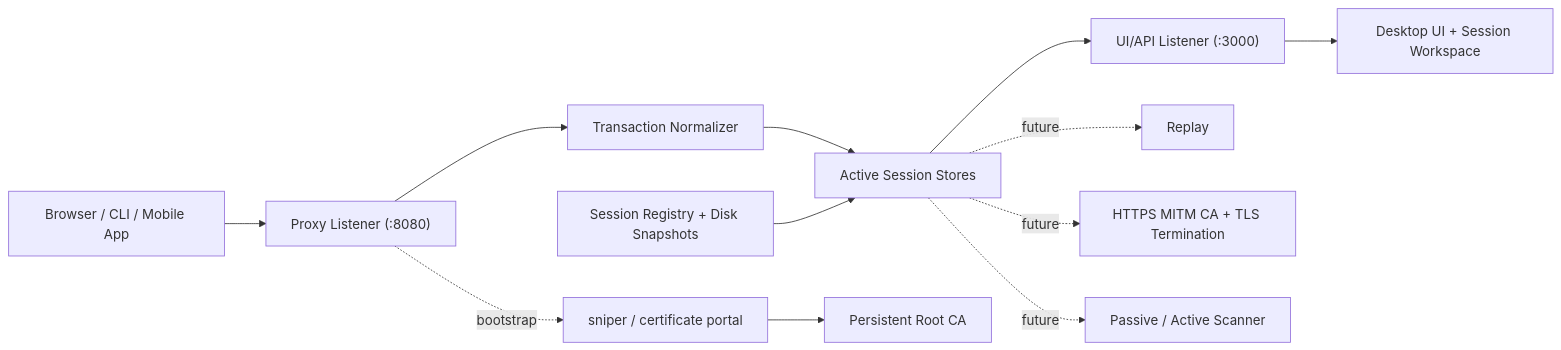
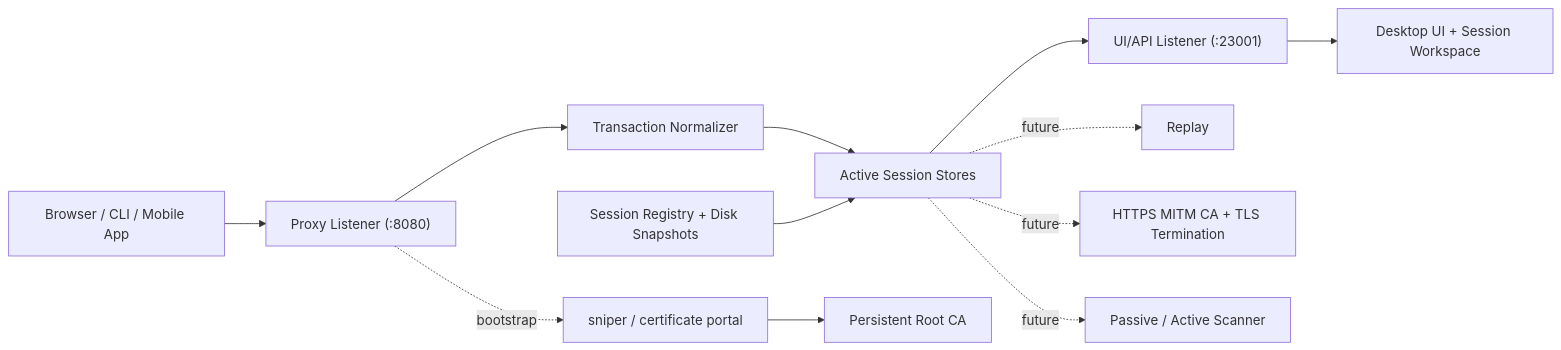
Before and after one commit to sm1ee/Sniper: the first of 3 diagrams in docs/architecture.md, drawn with Mermaid. The commit also changed 8 other files, not shown here.

````diff
--- a/docs/architecture.md
+++ b/docs/architecture.md
@@ -33,14 +33,14 @@
 ```mermaid
 flowchart LR
     Client["Browser / CLI / Mobile App"] --> Proxy["Proxy Listener (:8080)"]
     Proxy --> Capture["Transaction Normalizer"]
     Capture --> Store["Active Session Stores"]
     SessionRegistry["Session Registry + Disk Snapshots"] --> Store
-    Store --> API["UI/API Listener (:3000)"]
+    Store --> API["UI/API Listener (:23001)"]
     API --> UI["Desktop UI + Session Workspace"]
     Proxy -. bootstrap .-> SpecialHost["sniper / certificate portal"]
     SpecialHost --> CA["Persistent Root CA"]
     Store -. future .-> Replay["Replay"]
     Store -. future .-> MITM["HTTPS MITM CA + TLS Termination"]
     Store -. future .-> Scanner["Passive / Active Scanner"]
 ```
````
